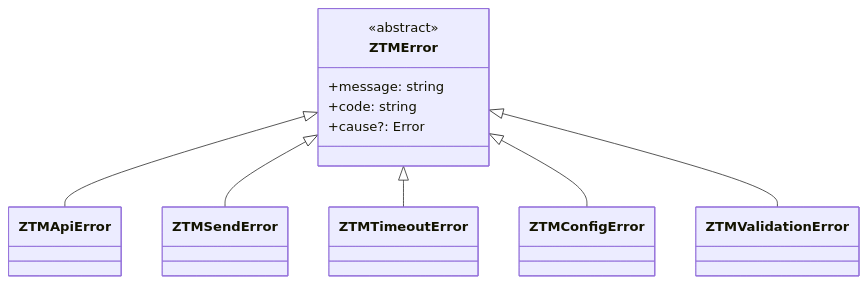
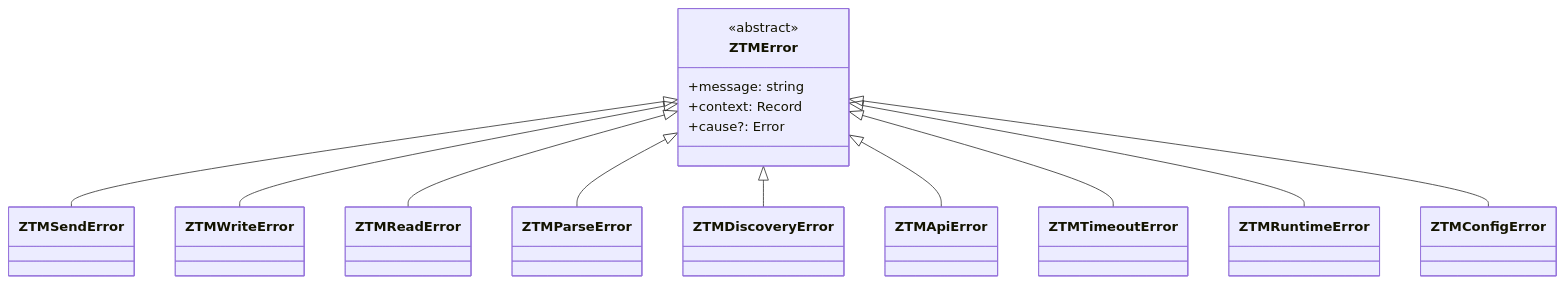
Before and after one commit to clawparty-ai/openclaw-channel-plugin-ztm: the first of 2 diagrams in docs/error-handling.md, drawn with Mermaid. The commit also changed other lines of this file and 1 other file, not shown here.

Commit message:
docs: complete error type documentation
- Remove non-existent ZTMValidationError from error-handling.md
- Add 5 missing error types: ZTMWriteError, ZTMReadError, ZTMParseError, ZTMDiscoveryError, ZTMRuntimeError
- Update Mermaid class diagrams to reflect complete error hierarchy (9 types)
- Sync error type tables with actual src/types/errors.ts definitions

Fixes documentation mismatch where docs listed 4-5 error types but code defines 9.

````diff
--- a/docs/error-handling.md
+++ b/docs/error-handling.md
@@ -9,20 +9,28 @@
 ```mermaid
 classDiagram
     class ZTMError {
         <<abstract>>
         +message: string
-        +code: string
+        +context: Record
         +cause?: Error
     }
+    class ZTMSendError
+    class ZTMWriteError
+    class ZTMReadError
+    class ZTMParseError
+    class ZTMDiscoveryError
     class ZTMApiError
-    class ZTMSendError
     class ZTMTimeoutError
+    class ZTMRuntimeError
     class ZTMConfigError
-    class ZTMValidationError
 
+    ZTMError <|-- ZTMSendError
+    ZTMError <|-- ZTMWriteError
+    ZTMError <|-- ZTMReadError
+    ZTMError <|-- ZTMParseError
+    ZTMError <|-- ZTMDiscoveryError
     ZTMError <|-- ZTMApiError
-    ZTMError <|-- ZTMSendError
     ZTMError <|-- ZTMTimeoutError
+    ZTMError <|-- ZTMRuntimeError
     ZTMError <|-- ZTMConfigError
-    ZTMError <|-- ZTMValidationError
 ```
````
